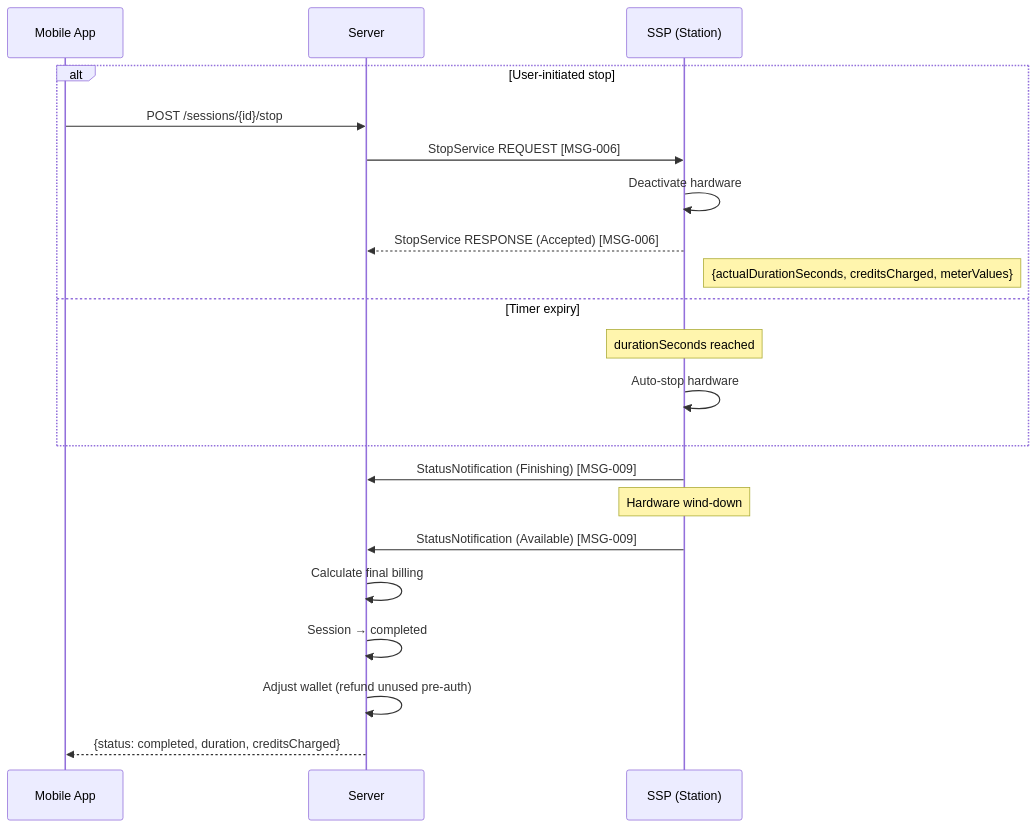
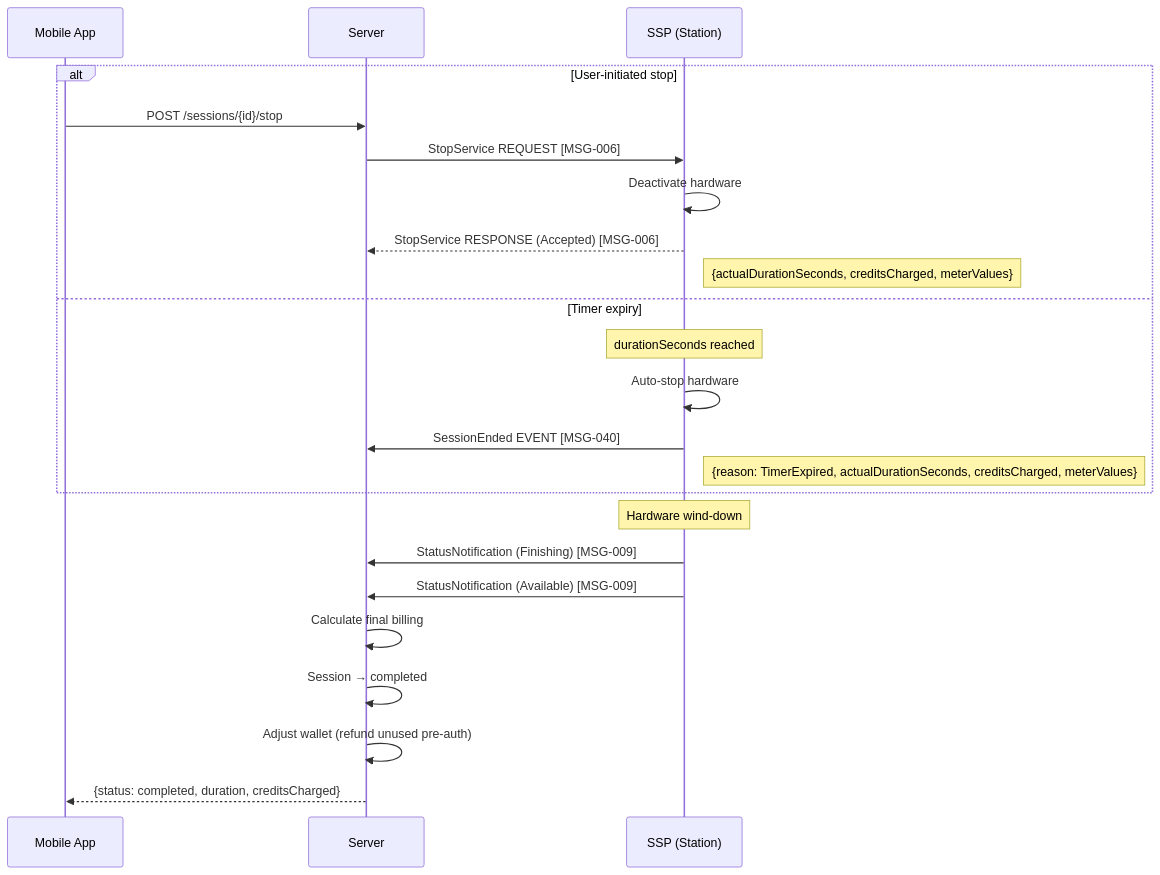
One commit to ospp-org/spec changed the eighth of 19 diagrams in spec/04-flows.md. Above: the diagram before and after it, drawn with Mermaid. The commit also changed other lines of this file and 5 other files, not shown here.

Commit message:
feat: add SessionEnded EVENT (MSG-040) for autonomous session termination

````diff
--- a/spec/04-flows.md
+++ b/spec/04-flows.md
@@ -786,27 +786,29 @@
 ```mermaid
 sequenceDiagram
     participant App as Mobile App
     participant Server
     participant SSP as SSP (Station)
 
     alt User-initiated stop
         App->>Server: POST /sessions/{id}/stop
         Server->>SSP: StopService REQUEST [MSG-006]
         SSP->>SSP: Deactivate hardware
         SSP-->>Server: StopService RESPONSE (Accepted) [MSG-006]
         Note right of SSP: {actualDurationSeconds, creditsCharged, meterValues}
 
     else Timer expiry
         Note over SSP: durationSeconds reached
         SSP->>SSP: Auto-stop hardware
+        SSP->>Server: SessionEnded EVENT [MSG-040]
+        Note right of SSP: {reason: TimerExpired, actualDurationSeconds, creditsCharged, meterValues}
     end
 
+    Note over SSP: Hardware wind-down
     SSP->>Server: StatusNotification (Finishing) [MSG-009]
-    Note over SSP: Hardware wind-down
     SSP->>Server: StatusNotification (Available) [MSG-009]
 
     Server->>Server: Calculate final billing
     Server->>Server: Session → completed
     Server->>Server: Adjust wallet (refund unused pre-auth)
     Server-->>App: {status: completed, duration, creditsCharged}
 ```
````
